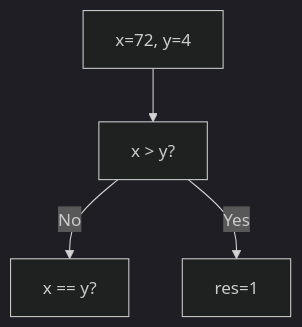
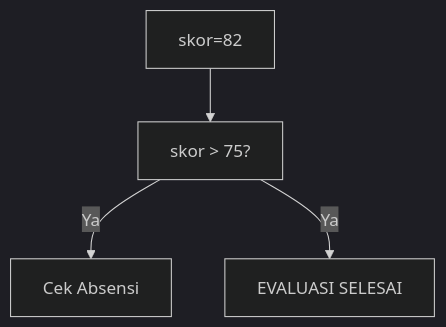
One commit to amnahwaida/OSNK_INF_PREP changed the eighth of 25 diagrams in part-c-pemahaman-cpp/02-percabangan/latihan/set-12.md. Above: the diagram before and after it, drawn with Mermaid (dark theme). The commit also changed other lines of this file and 71 other files, not shown here.

````diff
--- a/part-c-pemahaman-cpp/02-percabangan/latihan/set-12.md
+++ b/part-c-pemahaman-cpp/02-percabangan/latihan/set-12.md
@@ -223,6 +230,6 @@
 ```mermaid
 graph TD
-A["x=72, y=4"] --> B["x > y?"]
-B -- No --> C["x == y?"]
-B -- Yes --> D[res=1]
+A["skor=82"] --> B["skor > 75?"]
+B -- Ya --> C["Cek Absensi"]
+B -- Ya --> D["EVALUASI SELESAI"]
 ```
````
